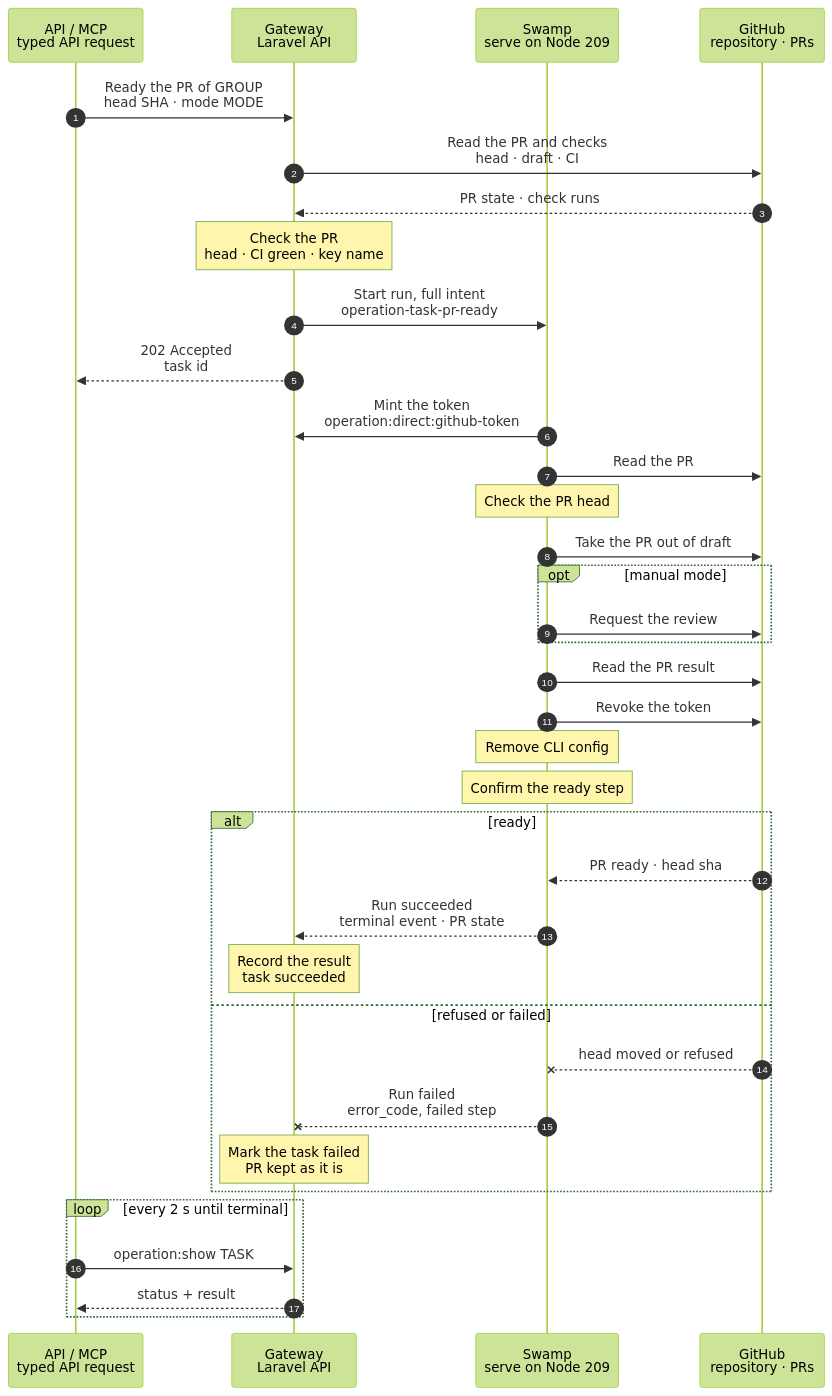
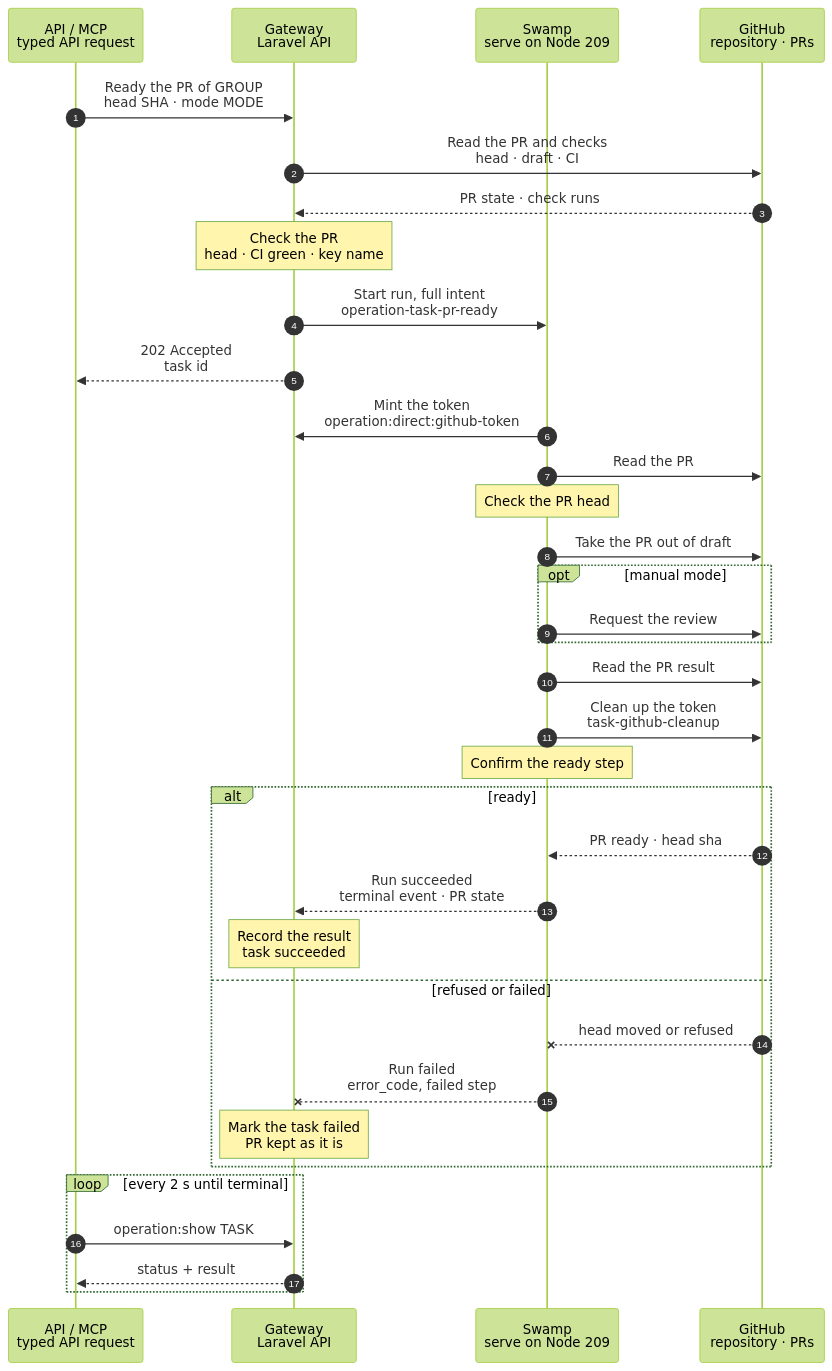
The diagram in docs/cli/tasks/pr-ready.mmd (hardimpactdev/orbit), drawn with Mermaid (forest theme) before and after one commit. The commit also changed 9 other files, not shown here.

First line of the commit message:
refactor(swamp): one cleanup child for the pull request steps, and no PR read before the merge

```diff
--- a/docs/cli/tasks/pr-ready.mmd
+++ b/docs/cli/tasks/pr-ready.mmd
@@ -1,113 +1,112 @@
 sequenceDiagram
   %% Nick 2026-11-06: a task VM never holds a GitHub credential, and the step mints its token when it runs, not at admission.
   %% Target design: stage 4 of the command development pipeline (docs/reference/pipeline/4-pr-and-ci.mmd, "Admit the ready step"), R2-R3. The Gateway admits and names the vault key, the step mints its token, and Swamp calls GitHub. docs/reference/tasks.md#ready-and-merge-a-task-pull-request.
   %% status: draft
   %% command: none · API / MCP (tasks-pr-ready)
   %% kind: tasks.pr_ready
   autonumber
   %% lane CLI icon=terminal pill=caller tone=gray
   %% lane GW icon=gateway pill=intent tone=blue
   %% lane SW icon=workflow pill=executes tone=green
   %% lane GH icon=server pill=target tone=purple
   participant CLI as API / MCP<br/>typed API request
   participant GW as Gateway<br/>Laravel API
   participant SW as Swamp<br/>serve on Node 209
   participant GH as GitHub<br/>repository · PRs
   CLI->>GW: Ready the PR of GROUP<br/>head SHA · mode MODE
   %%> Command:
   %%> - `POST /api/v1/task-groups/GROUP/pr-ready` with `head_sha`, `mode` (`manual` or `automatic`) and an `Idempotency-Key`
   %%> - syntax: the MCP tool `tasks-pr-ready` with `group`, `head_sha`, `mode`
   %%> Who can call it:
   %%> - a Node with an access grant to the Gateway; there is no `orbit` command
   GW->>GH: Read the PR and checks<br/>head · draft · CI
   %%> What it does:
   %%> - reads the PR and the check runs of the head with read-only App tokens (`pull_requests: read`, `checks: read`)
   GH-->>GW: PR state · check runs
   Note over GW: Check the PR<br/>head · CI green · key name
   %%> Requirements:
   %%> - the tasks extension is on, and the group is an open external group with a published PR that is open
   %%> - the PR head is exactly `head_sha`, and the Project's merge check (`Required checks`) passed on that head
   %%> - in manual mode, the PR author is not the reviewer, because GitHub refuses a review request from the author
   %%> - no other task runs on the group; the Gateway holds one lock per group
   %%> What it does:
   %%> - names the vault key `pr-ready-write-<uuid>` for the write token; it mints no token
   %%> Result:
   %%> - a task recorded with the full intent
   GW->>SW: Start run, full intent<br/>operation-task-pr-ready
   %%> What it does:
   %%> - starts one Swamp run on serve (Node 209); no Node is a target
   %%> Inputs:
   %%> - the repository, PR number, expected head, mode and the reviewer's GitHub login
   %%> - the vault key name of the token, never the token
   GW-->>CLI: 202 Accepted<br/>task id
   %%> What you get:
   %%> - the task number, at once
   %%> Next:
   %%> - the caller follows the task with `operation:show`
   SW->>GW: Mint the token<br/>operation:direct:github-token
   %%> What it does:
   %%> - the first step posts the run id to the Gateway; the Gateway checks the Operation, the run and the repository, mints a token with only `pull_requests: write`, and writes it to the vault key that admission named
   %%> Why here and not at admission:
   %%> - an installation token lives one hour; the token is minted when the step that uses it runs
   %%> - no task VM holds a GitHub credential
   SW->>GH: Read the PR
   %%> What it does:
   %%> - one `gh api` read of state, draft flag, head SHA and GraphQL node id
   Note over SW: Check the PR head
   %%> Refuses:
   %%> - a head other than the admitted one, or a PR that is no longer open, with `tasks_pr.head_moved`; nothing is changed
   SW->>GH: Take the PR out of draft
   %%> What it does:
   %%> - marks the PR ready for review with the App token, passed by vault key name
   %%> When:
   %%> - only while the PR is a draft; a PR that is already ready skips this step, so a rerun is safe
   %%> Why:
   %%> - a draft means the work is still moving; leaving draft says the spec, code and proof cases are done
   opt manual mode
     SW->>GH: Request the review
     %%> What it does:
     %%> - requests the review of the reviewer's GitHub login, so GitHub notifies the reviewer that the PR waits
     %%> Why:
     %%> - in manual mode the reviewer's approval on the exact head is the gate of the merge step
   end
   SW->>GH: Read the PR result
   %%> What it does:
   %%> - reads the head, the draft flag and the requested reviewers; the Gateway keeps this as the task result
-  SW->>GH: Revoke the token
+  SW->>GH: Clean up the token<br/>task-github-cleanup
+  %%> What it does:
+  %%> - runs the shared cleanup child: it revokes the token, best effort because the token expires within one hour, and removes the private GitHub CLI configuration directory of this run
   %%> When:
-  %%> - always, on success and failure; best effort because the token expires within one hour
-  Note over SW: Remove CLI config
-  %%> What it does:
-  %%> - removes the private GitHub CLI configuration directory of this run
+  %%> - always, on success and failure
   Note over SW: Confirm the ready step
   alt ready
     GH-->>SW: PR ready · head sha
     %%> Returns:
     %%> - the head SHA, the draft flag and the requested reviewers
     SW-->>GW: Run succeeded<br/>terminal event · PR state
     %%> How the Gateway learns it:
     %%> - its shared run reader sees the terminal event; Swamp never calls the Gateway
     Note over GW: Record the result<br/>task succeeded
     %%> Result:
     %%> - the task succeeds with the PR number, head and requested reviewers; the PR now waits for the gate
   else refused or failed
     GH--xSW: head moved or refused
     %%> When:
     %%> - the head moved, GitHub refused the draft change, or GitHub refused the review request
     SW--xGW: Run failed<br/>error_code, failed step
     %%> The Gateway reads:
     %%> - which step failed and its error code, such as `tasks_pr.head_moved`
     Note over GW: Mark the task failed<br/>PR kept as it is
     %%> Result:
     %%> - the task fails; the PR stays as GitHub left it, and the Gateway changes no task state
     %%> Retry:
     %%> - a new request for the same head is a new task with a new token; a step that already happened is skipped
   end
   loop every 2 s until terminal
     CLI->>GW: operation:show TASK
     %%> What it does:
     %%> - asks for the task's status every 2 seconds until it has ended
     GW-->>CLI: status + result
     %%> Returns:
     %%> - the current status, and the result once the task has ended
   end
```
